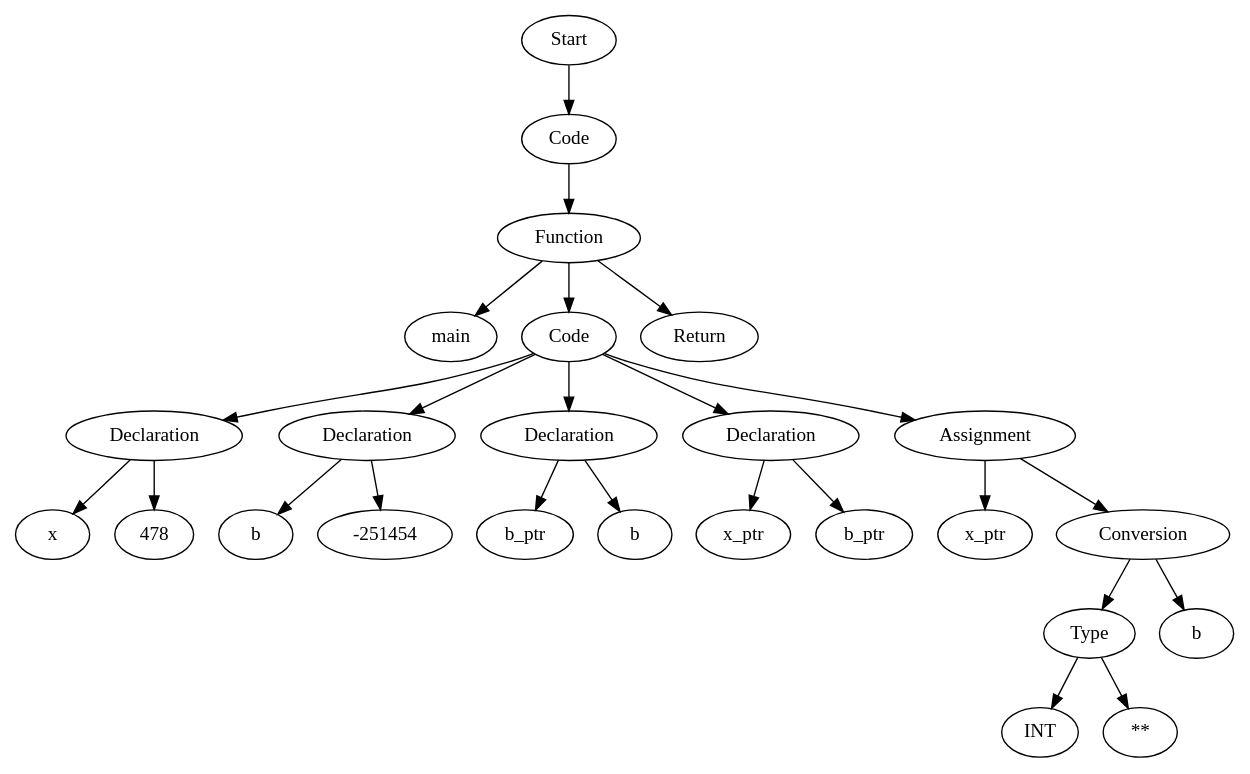
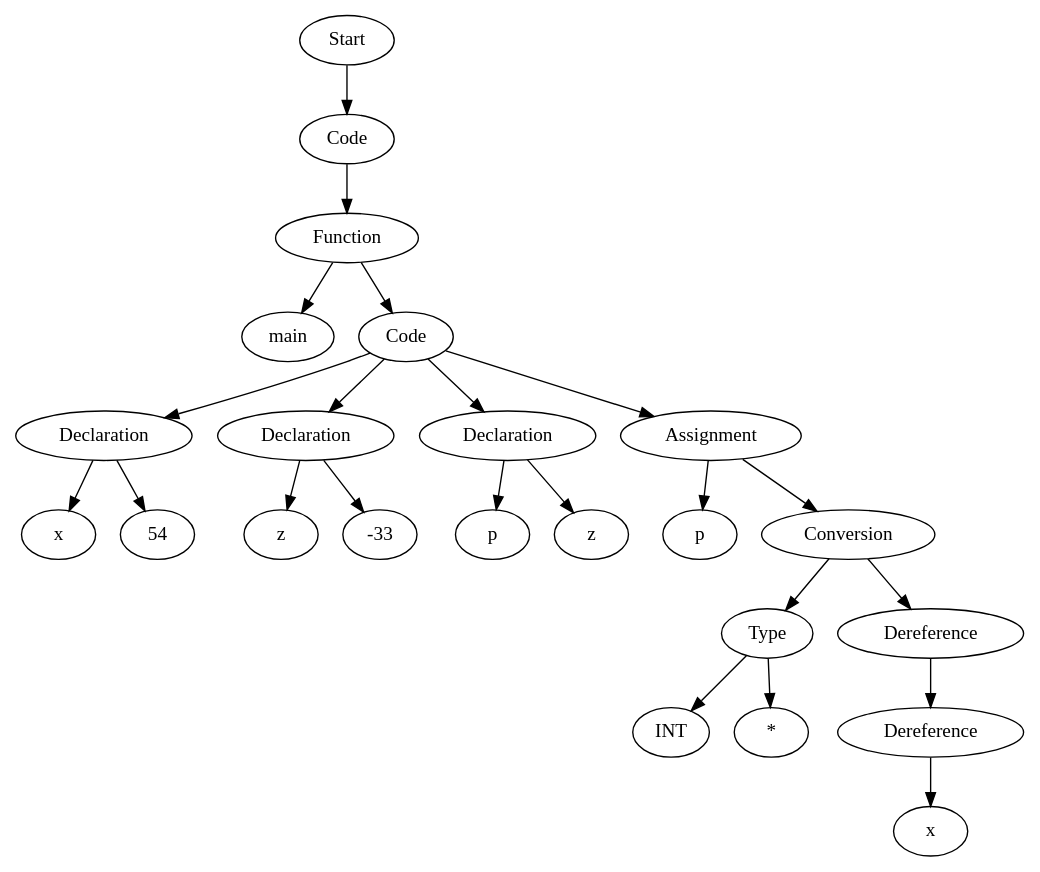
One commit to Are-you-listening/Compilers changed the diagram in src/TestFiles/ASTTests/SemanticErrorsTests/CreateTests/read_file_after.dot. Above: the diagram before and after it, drawn with Graphviz. The commit also changed 22 other files, not shown here.

```diff
--- a/src/TestFiles/ASTTests/SemanticErrorsTests/CreateTests/read_file_after.dot
+++ b/src/TestFiles/ASTTests/SemanticErrorsTests/CreateTests/read_file_after.dot
@@ -1,51 +1,47 @@
 digraph AST {
-  "125476824823360" [label="Start"];
-  "125476824823360" -> "125476824824800";
-  "125476824824800" [label="Code"];
-  "125476824824800" -> "125476824824944";
-  "125476824824944" [label="Function"];
-  "125476824824944" -> "125476824825088";
-  "125476824824944" -> "125476824825136";
-  "125476824824944" -> "125476824825232";
-  "125476824825088" [label="main"];
-  "125476824825136" [label="Code"];
-  "125476824825136" -> "125476824825280";
-  "125476824825136" -> "125476824825376";
-  "125476824825136" -> "125476824825568";
-  "125476824825136" -> "125476824825760";
-  "125476824825136" -> "125476825022624";
-  "125476824825280" [label="Declaration"];
-  "125476824825280" -> "125476824825424";
-  "125476824825280" -> "125476824825472";
-  "125476824825424" [label="x"];
-  "125476824825472" [label="478"];
-  "125476824825376" [label="Declaration"];
-  "125476824825376" -> "125476824825616";
-  "125476824825376" -> "125476824825664";
-  "125476824825616" [label="b"];
-  "125476824825664" [label="-251454"];
-  "125476824825568" [label="Declaration"];
-  "125476824825568" -> "125476824825808";
-  "125476824825568" -> "125476825022528";
-  "125476824825808" [label="b_ptr"];
-  "125476825022528" [label="b"];
-  "125476824825760" [label="Declaration"];
-  "125476824825760" -> "125476825022672";
-  "125476824825760" -> "125476825022720";
-  "125476825022672" [label="x_ptr"];
-  "125476825022720" [label="b_ptr"];
-  "125476825022624" [label="Assignment"];
-  "125476825022624" -> "125476825022864";
-  "125476825022624" -> "125476825022912";
-  "125476825022864" [label="x_ptr"];
-  "125476825022912" [label="Conversion"];
-  "125476825022912" -> "125476825023056";
-  "125476825022912" -> "125476825023152";
-  "125476825023056" [label="Type"];
-  "125476825023056" -> "125476825023200";
-  "125476825023056" -> "125476825023248";
-  "125476825023200" [label="INT"];
-  "125476825023248" [label="**"];
-  "125476825023152" [label="b"];
-  "125476824825232" [label="Return"];
+  "138430607643920" [label="Start"];
+  "138430607643920" -> "138430607652848";
+  "138430607652848" [label="Code"];
+  "138430607652848" -> "138430607652992";
+  "138430607652992" [label="Function"];
+  "138430607652992" -> "138430607653136";
+  "138430607652992" -> "138430607653184";
+  "138430607653136" [label="main"];
+  "138430607653184" [label="Code"];
+  "138430607653184" -> "138430607653328";
+  "138430607653184" -> "138430607653424";
+  "138430607653184" -> "138430607653616";
+  "138430607653184" -> "138430607653808";
+  "138430607653328" [label="Declaration"];
+  "138430607653328" -> "138430607653472";
+  "138430607653328" -> "138430607653520";
+  "138430607653472" [label="x"];
+  "138430607653520" [label="54"];
+  "138430607653424" [label="Declaration"];
+  "138430607653424" -> "138430607653664";
+  "138430607653424" -> "138430607653712";
+  "138430607653664" [label="z"];
+  "138430607653712" [label="-33"];
+  "138430607653616" [label="Declaration"];
+  "138430607653616" -> "138430607653856";
+  "138430607653616" -> "138430607653904";
+  "138430607653856" [label="p"];
+  "138430607653904" [label="z"];
+  "138430607653808" [label="Assignment"];
+  "138430607653808" -> "138430607654048";
+  "138430607653808" -> "138430607654096";
+  "138430607654048" [label="p"];
+  "138430607654096" [label="Conversion"];
+  "138430607654096" -> "138430607654240";
+  "138430607654096" -> "138430607654336";
+  "138430607654240" [label="Type"];
+  "138430607654240" -> "138430607654384";
+  "138430607654240" -> "138430607654432";
+  "138430607654384" [label="INT"];
+  "138430607654432" [label="*"];
+  "138430607654336" [label="Dereference"];
+  "138430607654336" -> "138430607654576";
+  "138430607654576" [label="Dereference"];
+  "138430607654576" -> "138430607654720";
+  "138430607654720" [label="x"];
 }
```
